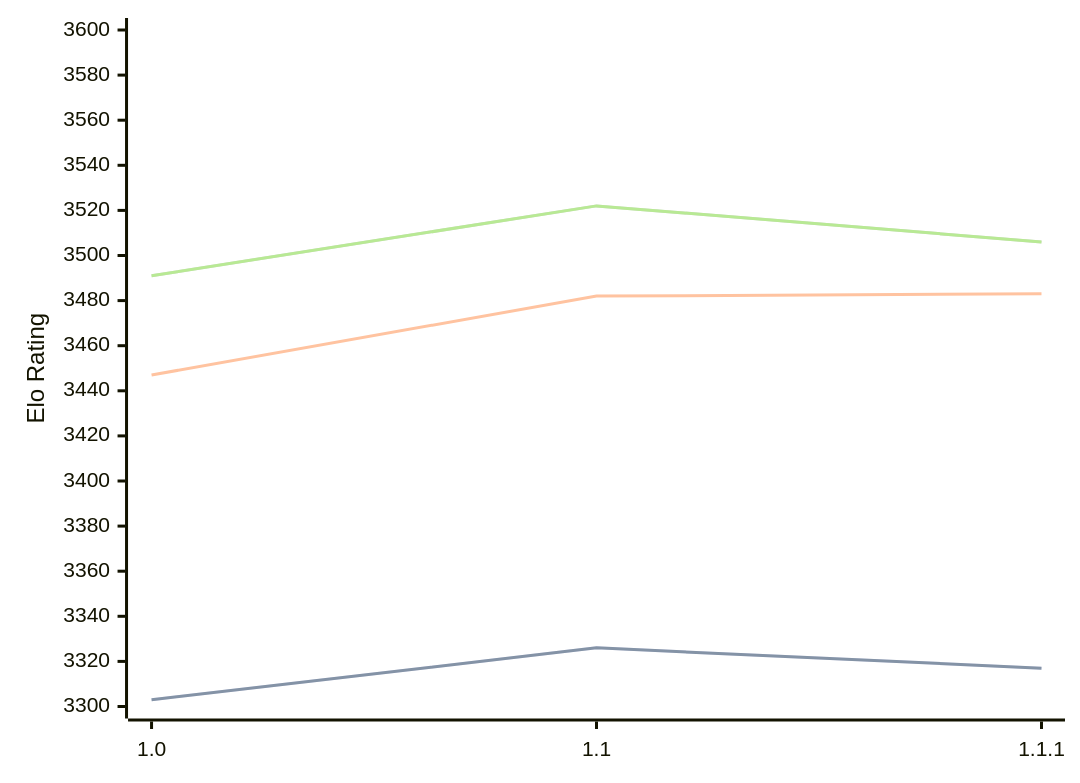
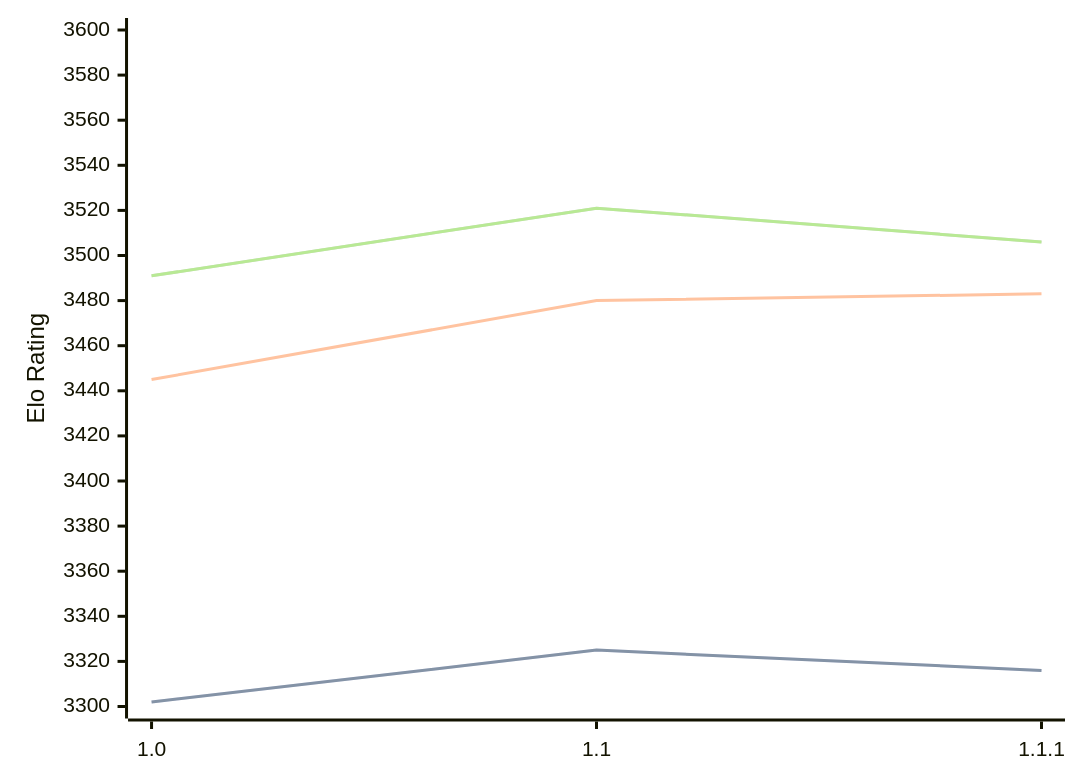
The diagram in engines/Icarus.md (computer-chess-index/cci), drawn with Mermaid before and after one commit. The commit also changed other lines of this file, not shown here.

Commit message:
Update CCI Ratings (ELO VLTC) - 2026-08-04

````diff
--- a/engines/Icarus.md
+++ b/engines/Icarus.md
@@ -33,11 +33,11 @@
 ```mermaid
 %%{init: {"theme":"base","themeVariables":{"seriesColors:['#a3a3a3','#222221','#faa371']}}}%%
 xychart-beta
   x-axis ["1.0", "1.1", "1.1.1"]
   y-axis "Elo Rating" 3300 --> 3600
-  line "STC (8.0+0.08s)" [3303, 3326, 3317]
-  line "STC (8.0+0.08s)" [3303, 3326, 3317]
-  line "LTC (60.0+0.60s)" [3447, 3482, 3483]
-  line "VLTC (2m24s+1.12s)" [3491, 3522, 3506]
-  line "VLTC (2m24s+1.12s)" [3491, 3522, 3506]
+  line "STC (8.0+0.08s)" [3302, 3325, 3316]
+  line "STC (8.0+0.08s)" [3302, 3325, 3316]
+  line "LTC (60.0+0.60s)" [3445, 3480, 3483]
+  line "VLTC (2m24s+1.12s)" [3491, 3521, 3506]
+  line "VLTC (2m24s+1.12s)" [3491, 3521, 3506]
 ```
````
